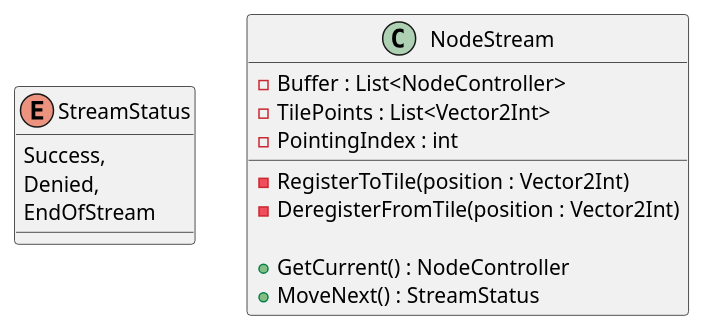
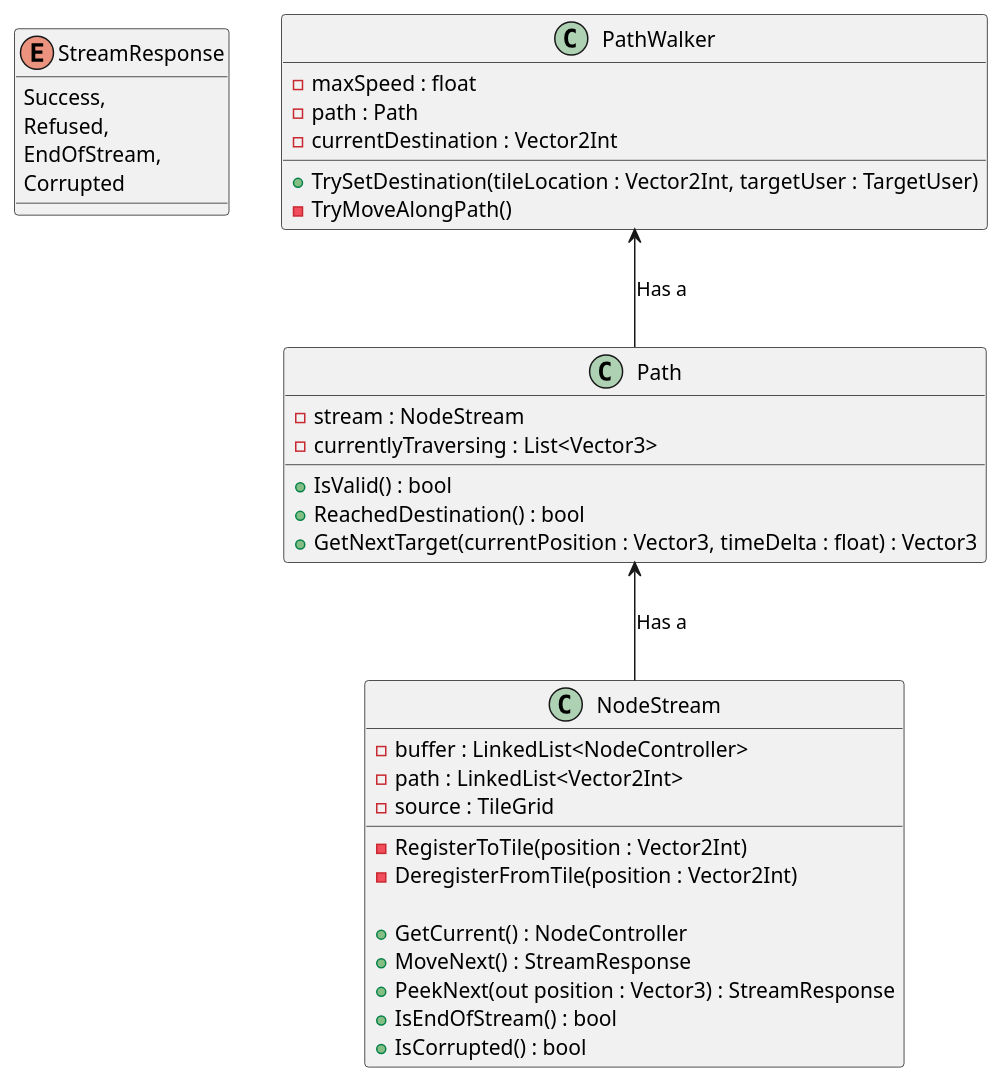
Before and after one commit to Jaren-Taylor/Smart-City-Dashboard: the first of 2 diagrams in Documentation/PUML/PathClassIdea.puml, drawn with PlantUML. The commit also changed other lines of this file and 3 other files, not shown here.

```diff
--- a/Documentation/PUML/PathClassIdea.puml
+++ b/Documentation/PUML/PathClassIdea.puml
@@ -1,18 +1,42 @@
 @startuml
-enum StreamStatus{
+enum StreamResponse {
     Success,
-    Denied,
-    EndOfStream
+    Refused,
+    EndOfStream,
+    Corrupted
 }
 
-class NodeStream{
-    -Buffer : List<NodeController>
-    -TilePoints : List<Vector2Int>
-    -PointingIndex : int
+class NodeStream {
+    -buffer : LinkedList<NodeController>
+    -path : LinkedList<Vector2Int>
+    -source : TileGrid
     -RegisterToTile(position : Vector2Int)
     -DeregisterFromTile(position : Vector2Int)
 
     +GetCurrent() : NodeController
-    +MoveNext() : StreamStatus
+    +MoveNext() : StreamResponse
+    +PeekNext(out position : Vector3) : StreamResponse
+    +IsEndOfStream() : bool
+    +IsCorrupted() : bool
 }
+
+class Path {
+    -stream : NodeStream
+    -currentlyTraversing : List<Vector3>
+
+    +IsValid() : bool
+    +ReachedDestination() : bool
+    +GetNextTarget(currentPosition : Vector3, timeDelta : float) : Vector3
+}
+
+class PathWalker {
+    -maxSpeed : float
+    -path : Path
+    -currentDestination : Vector2Int
+    +TrySetDestination(tileLocation : Vector2Int, targetUser : TargetUser)
+    -TryMoveAlongPath()
+}
+
+PathWalker <-down- Path : Has a
+Path <-down- NodeStream : Has a
 @enduml
```
